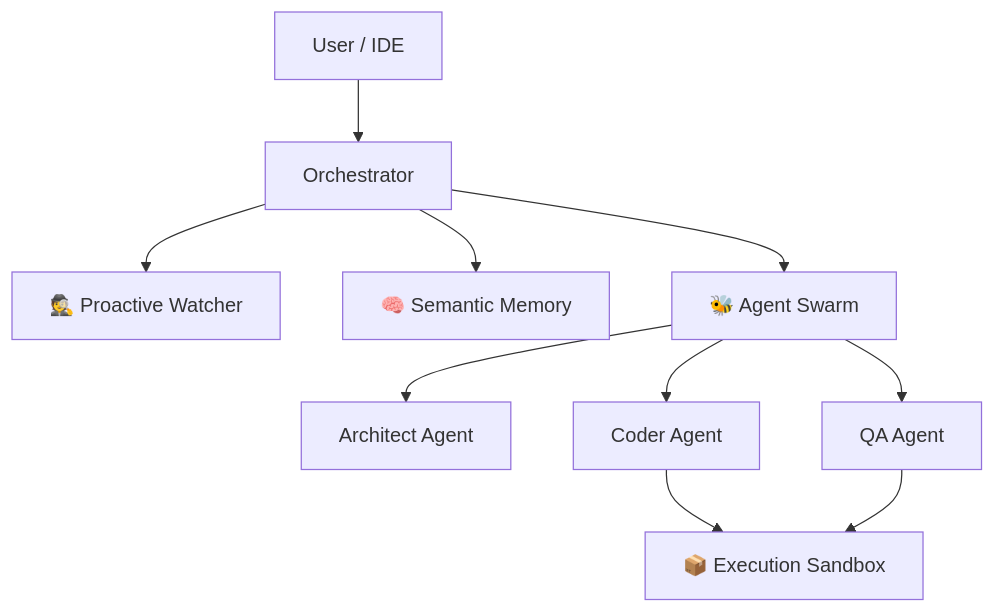
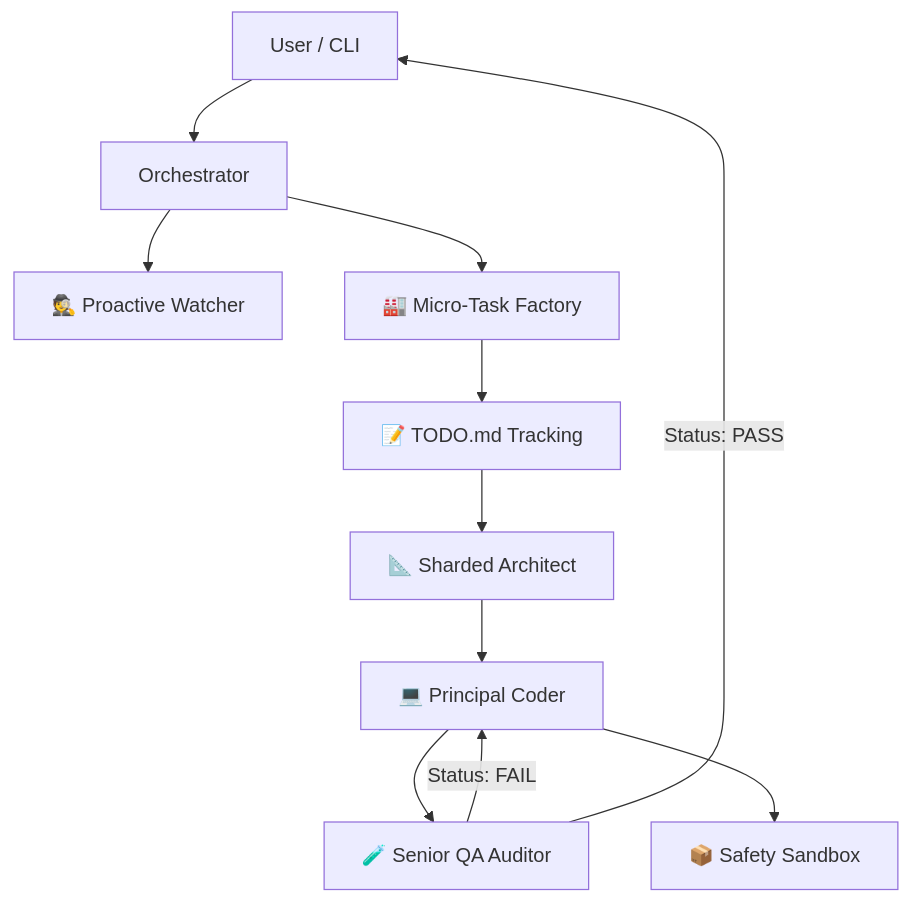
The diagram in README.md (yasinozdgnn/deep-thinker), drawn with Mermaid before and after one commit. The commit also changed other lines of this file and 20 other files, not shown here.

Commit message:
feat: implement core swarm agent architecture, task orchestration, and robust JSON parsing utilities

````diff
--- a/README.md
+++ b/README.md
@@ -125,14 +102,17 @@
 ```mermaid
 graph TD
-    User[User / IDE] --> Orchestrator
+    User[User / CLI] --> Orchestrator
     Orchestrator --> Watcher[🕵️ Proactive Watcher]
-    Orchestrator --> Memory[🧠 Semantic Memory]
-
-    Orchestrator --> Swarm[🐝 Agent Swarm]
-    Swarm --> Architect[Architect Agent]
-    Swarm --> Coder[Coder Agent]
-    Swarm --> QA[QA Agent]
-
-    Coder --> Sandbox[📦 Execution Sandbox]
-    QA --> Sandbox
+    Orchestrator --> Factory[🏭 Micro-Task Factory]
+    
+    Factory --> TODO[📝 TODO.md Tracking]
+    TODO --> Architect[📐 Sharded Architect]
+    
+    Architect --> Coder[💻 Principal Coder]
+    Coder --> QA[🧪 Senior QA Auditor]
+    
+    QA -- "Status: FAIL" --> Coder
+    QA -- "Status: PASS" --> User
+    
+    Coder --> Sandbox[📦 Safety Sandbox]
 ```
````
